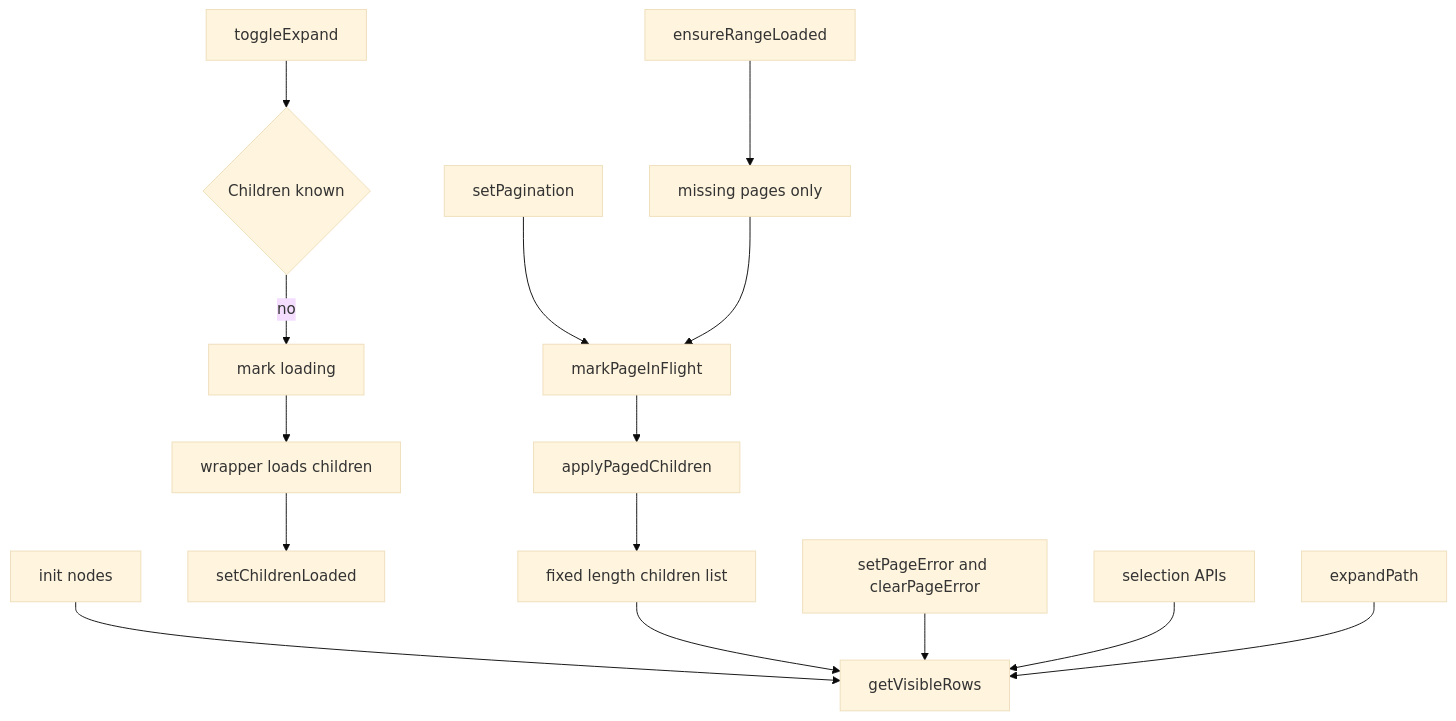
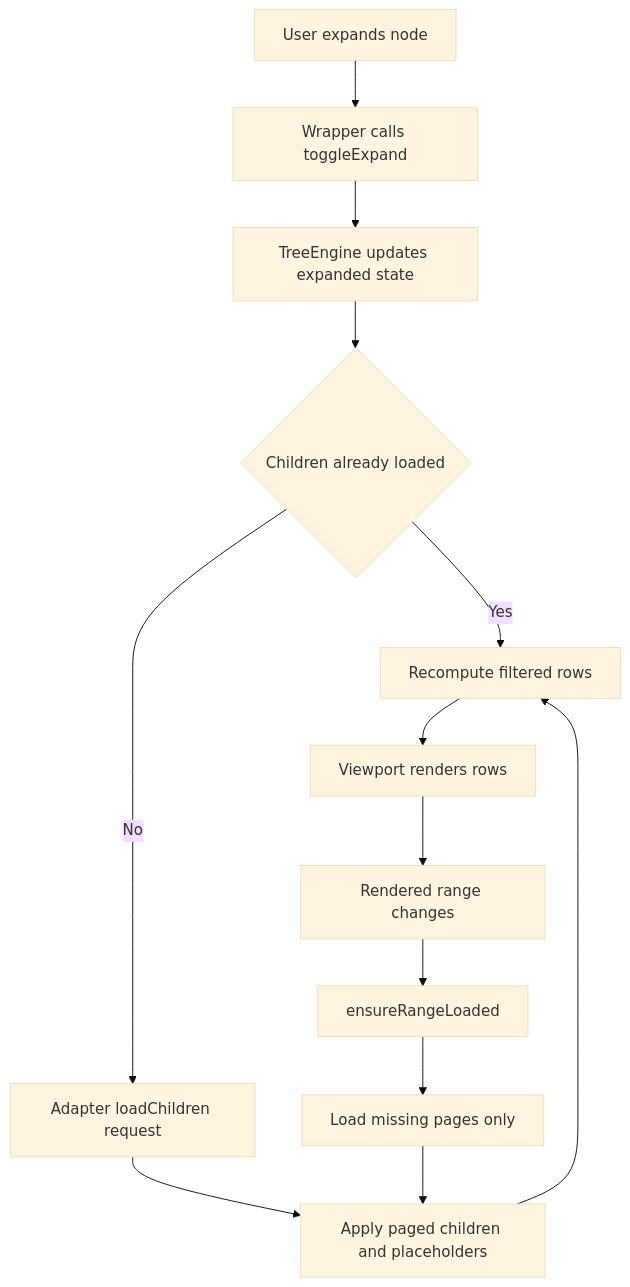
The second of 3 diagrams in docs/architecture.md (Robertcl795/tree-explorer), drawn with Mermaid (base theme) before and after one commit. The commit also changed other lines of this file and 12 other files, not shown here.

````diff
--- a/docs/architecture.md
+++ b/docs/architecture.md
@@ -104,20 +62,15 @@
 ```mermaid
 flowchart TD
-  A["init nodes"] --> B["getVisibleRows"]
-  C["toggleExpand"] --> D{"Children known"}
-  D -- no --> E["mark loading"]
-  E --> F["wrapper loads children"]
-  F --> G["setChildrenLoaded"]
-
-  H["setPagination"] --> I["markPageInFlight"]
-  I --> J["applyPagedChildren"]
-  J --> K["fixed length children list"]
-  K --> B
-
-  L["ensureRangeLoaded"] --> M["missing pages only"]
-  M --> I
-
-  N["setPageError and clearPageError"] --> B
-  O["selection APIs"] --> B
-  P["expandPath"] --> B
+  A[User expands node] --> B[Wrapper calls toggleExpand]
+  B --> C[TreeEngine updates expanded state]
+  C --> D{Children already loaded}
+  D -- Yes --> E[Recompute filtered rows]
+  D -- No --> F[Adapter loadChildren request]
+  F --> G[Apply paged children and placeholders]
+  G --> E
+  E --> H[Viewport renders rows]
+  H --> I[Rendered range changes]
+  I --> J[ensureRangeLoaded]
+  J --> K[Load missing pages only]
+  K --> G
 ```
````
